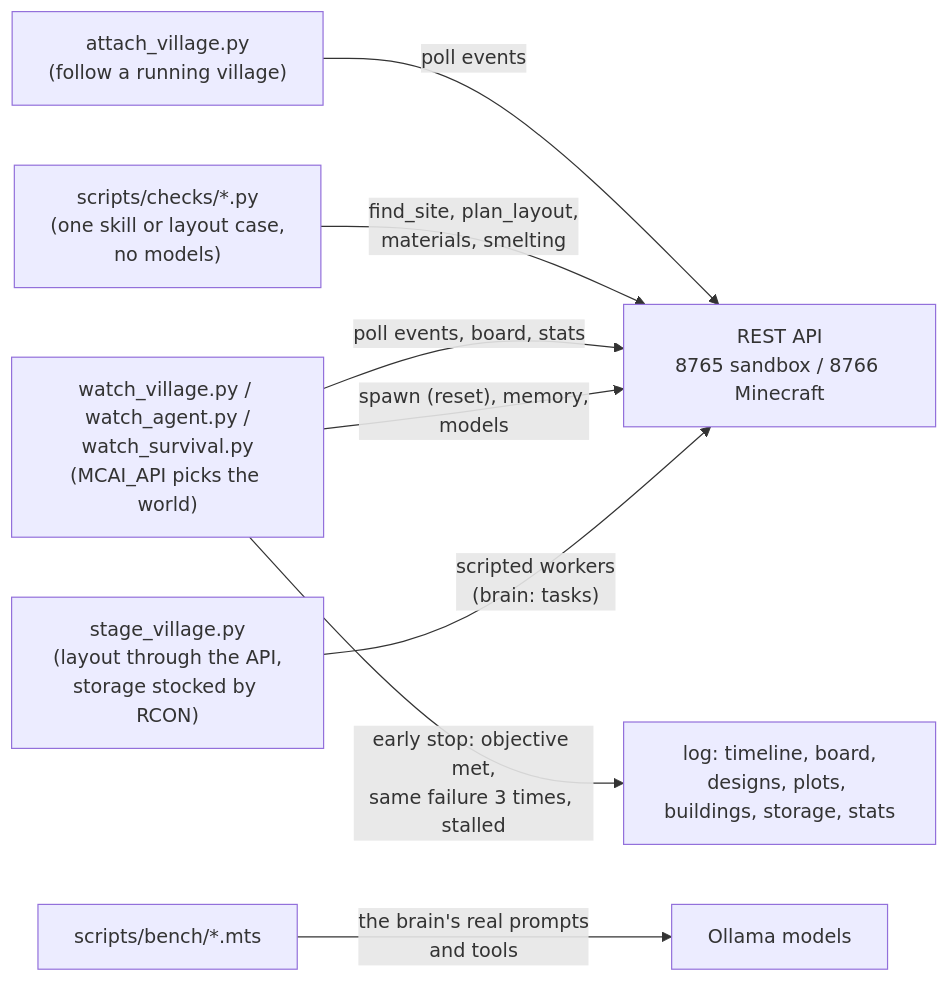
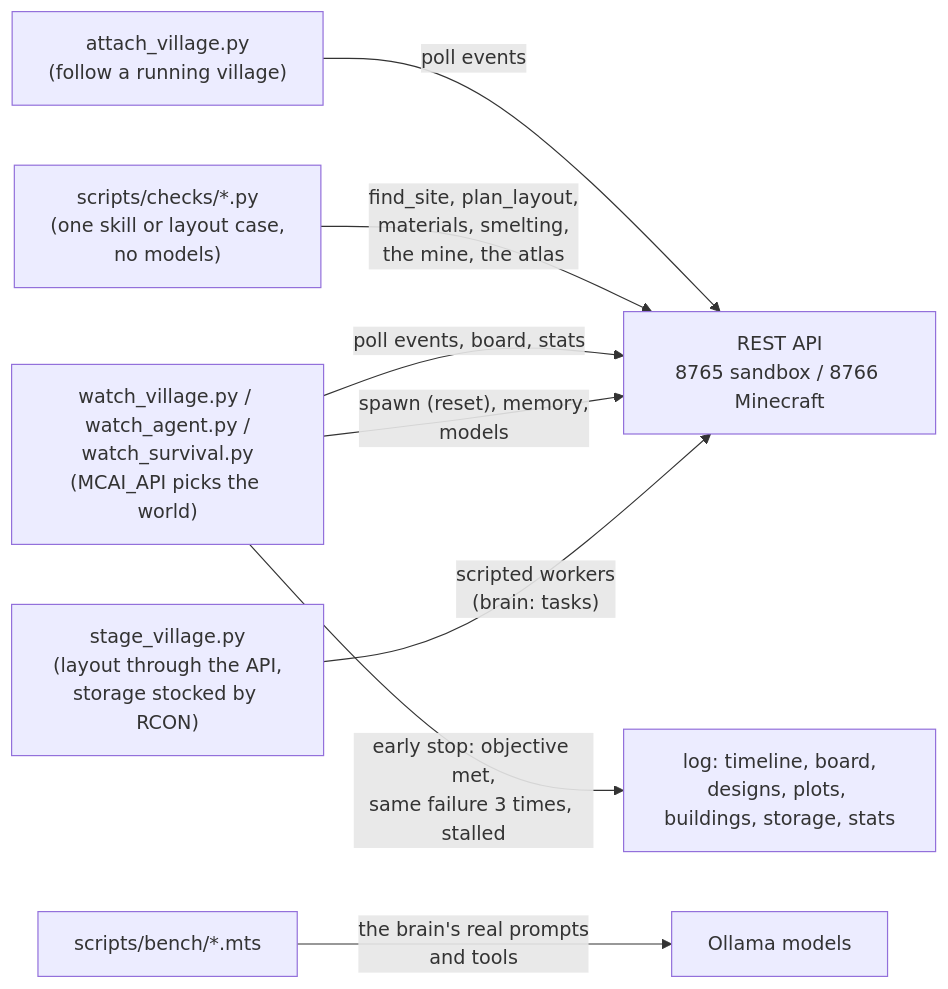
Diagram 11 of 13 in docs/ARCHITECTURE.md (delphium226/MCAISandbox), drawn with Mermaid before and after one commit. The commit also changed other lines of this file and 8 other files, not shown here.

First line of the commit message:
Underground atlas: exposed ores per chunk (plan step V.6); docs for V.5b and V.6

````diff
--- a/docs/ARCHITECTURE.md
+++ b/docs/ARCHITECTURE.md
@@ -454,10 +464,10 @@
 ```mermaid
 flowchart LR
   stage["stage_village.py<br/>(layout through the API,<br/>storage stocked by RCON)"] -- "scripted workers<br/>(brain: tasks)" --> api["REST API<br/>8765 sandbox / 8766 Minecraft"]
   script["watch_village.py / watch_agent.py /<br/>watch_survival.py<br/>(MCAI_API picks the world)"] -- "spawn (reset), memory,<br/>models" --> api
   script -- "poll events, board, stats" --> api
   script -- "early stop: objective met,<br/>same failure 3 times, stalled" --> report["log: timeline, board,<br/>designs, plots, buildings, storage, stats"]
   bench["scripts/bench/*.mts"] -- "the brain's real prompts<br/>and tools" --> ollama["Ollama models"]
-  checks["scripts/checks/*.py<br/>(one skill or layout case,<br/>no models)"] -- "find_site, plan_layout,<br/>materials, smelting" --> api
+  checks["scripts/checks/*.py<br/>(one skill or layout case,<br/>no models)"] -- "find_site, plan_layout,<br/>materials, smelting,<br/>the mine, the atlas" --> api
   attach["attach_village.py<br/>(follow a running village)"] -- "poll events" --> api
 ```
````
